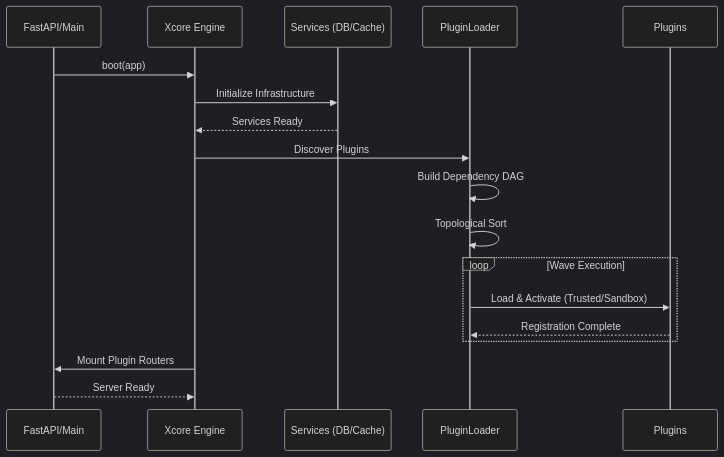
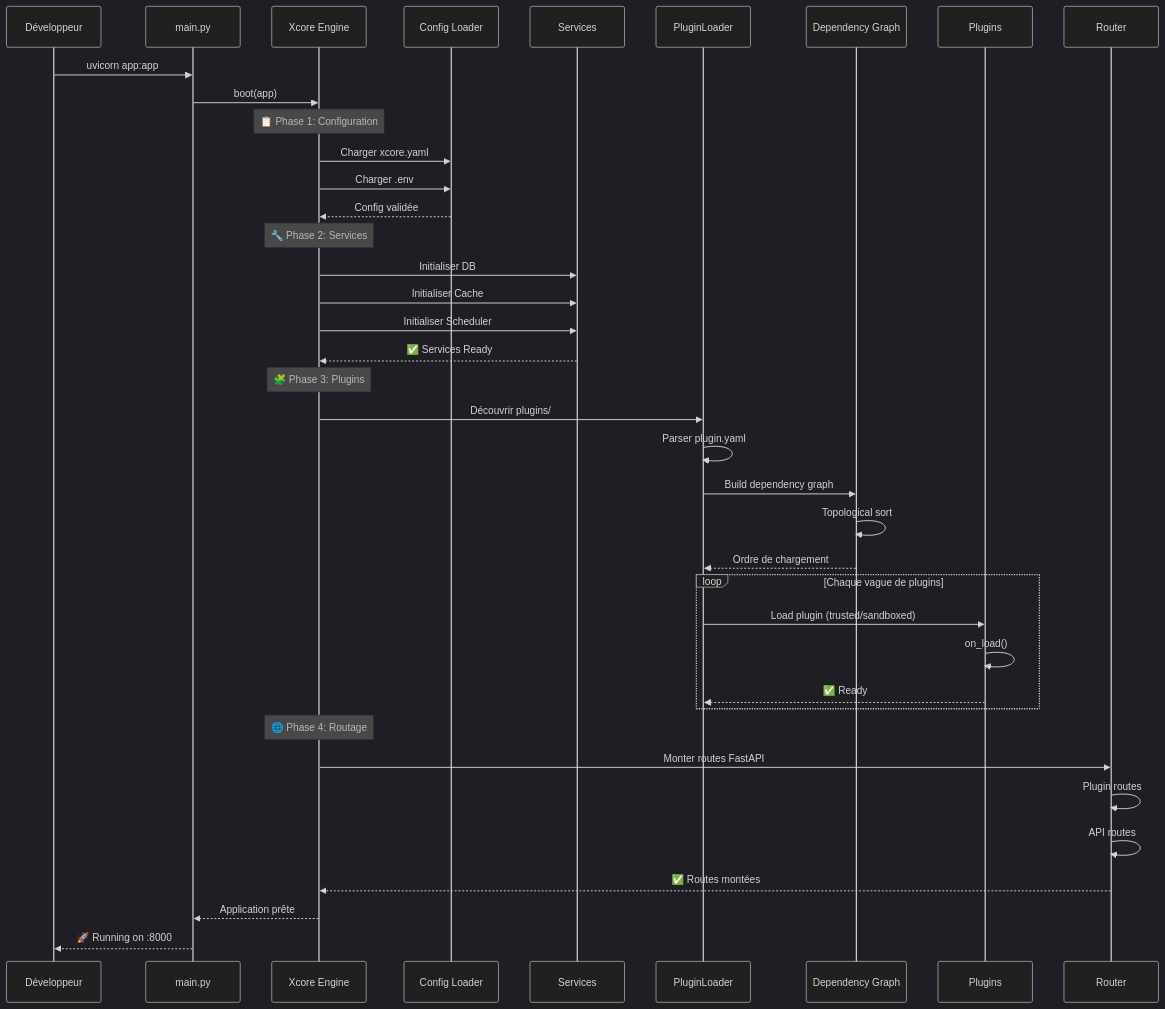
The second of 11 diagrams in docs-tech/architecture/overview.md (traoreera/xcore), drawn with Mermaid (dark theme) before and after one commit. The commit also changed other lines of this file and 92 other files, not shown here.

````diff
--- a/docs-tech/architecture/overview.md
+++ b/docs-tech/architecture/overview.md
@@ -23,21 +76,48 @@
 ```mermaid
 sequenceDiagram
-    participant App as FastAPI/Main
+    participant Dev as Développeur
+    participant Main as main.py
     participant X as Xcore Engine
-    participant S as Services (DB/Cache)
+    participant Cfg as Config Loader
+    participant S as Services
     participant L as PluginLoader
+    participant DAG as Dependency Graph
     participant P as Plugins
+    participant R as Router
 
-    App->>X: boot(app)
-    X->>S: Initialize Infrastructure
-    S-->>X: Services Ready
-    X->>L: Discover Plugins
-    L->>L: Build Dependency DAG
-    L->>L: Topological Sort
-    loop Wave Execution
-        L->>P: Load & Activate (Trusted/Sandbox)
-        P-->>L: Registration Complete
+    Dev->>Main: uvicorn app:app
+    Main->>X: boot(app)
+    
+    Note over X: 📋 Phase 1: Configuration
+    X->>Cfg: Charger xcore.yaml
+    X->>Cfg: Charger .env
+    Cfg-->>X: Config validée
+    
+    Note over X: 🔧 Phase 2: Services
+    X->>S: Initialiser DB
+    X->>S: Initialiser Cache
+    X->>S: Initialiser Scheduler
+    S-->>X: ✅ Services Ready
+    
+    Note over X: 🧩 Phase 3: Plugins
+    X->>L: Découvrir plugins/
+    L->>L: Parser plugin.yaml
+    L->>DAG: Build dependency graph
+    DAG->>DAG: Topological sort
+    DAG-->>L: Ordre de chargement
+    
+    loop Chaque vague de plugins
+        L->>P: Load plugin (trusted/sandboxed)
+        P->>P: on_load()
+        P-->>L: ✅ Ready
     end
-    X->>App: Mount Plugin Routers
-    App-->>X: Server Ready
+    
+    Note over X: 🌐 Phase 4: Routage
+    X->>R: Monter routes FastAPI
+    R->>R: Plugin routes
+    R->>R: API routes
+    R-->>X: ✅ Routes montées
+    
+    X-->>Main: Application prête
+    Main-->>Dev: 🚀 Running on :8000
 ```
````
